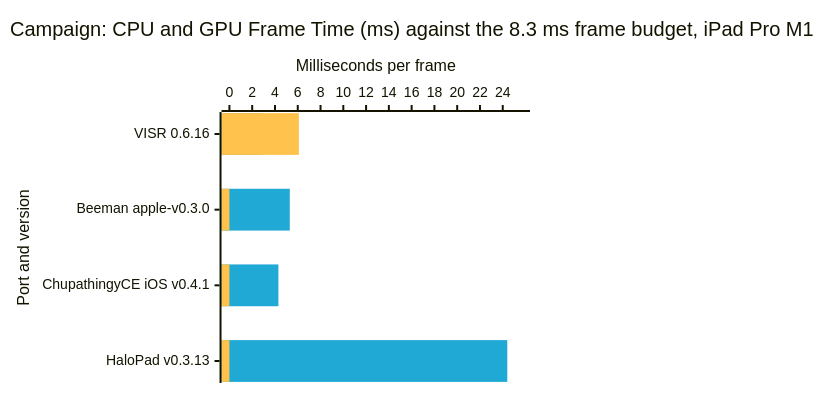
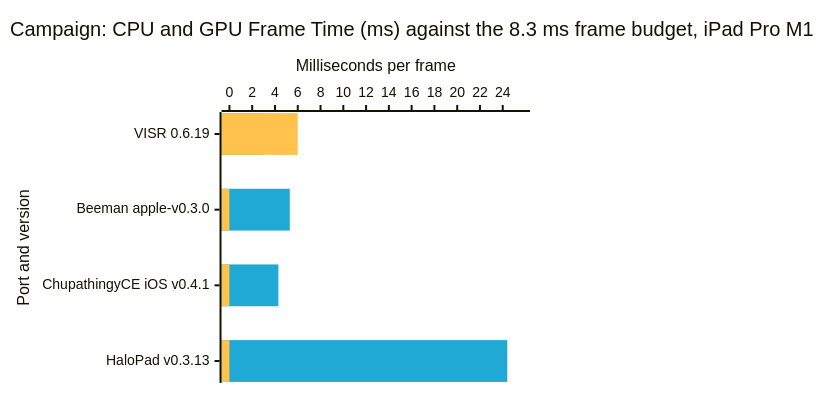
The third of 8 diagrams in docs/benchmarks.md (VISR-CE/visr), drawn with Mermaid before and after one commit. The commit also changed other lines of this file and 3 other files, not shown here.

First line of the commit message:
📊 data(benchmark): add VISR 0.6.19 windows for the iPad Pro M1 — eleven campaign and multiplayer windows from two runs of the release build

````diff
--- a/docs/benchmarks.md
+++ b/docs/benchmarks.md
@@ -78,17 +78,17 @@
 ```mermaid
 ---
 config:
   xyChart:
     width: 520
     height: 373
   themeVariables:
     xyChart:
       plotColorPalette: "#1fa9d4, #ffc24d"
 ---
 xychart-beta horizontal
     title "Campaign: CPU and GPU Frame Time (ms) against the 8.3 ms frame budget, iPad Pro M1"
-    x-axis "Port and version" ["VISR 0.6.16", "Beeman apple-v0.3.0", "ChupathingyCE iOS v0.4.1", "HaloPad v0.3.13"]
+    x-axis "Port and version" ["VISR 0.6.19", "Beeman apple-v0.3.0", "ChupathingyCE iOS v0.4.1", "HaloPad v0.3.13"]
     y-axis "Milliseconds per frame" 0 --> 25.7
-    bar [2.9, 5.3, 4.3, 24.4]
-    bar [6.1, 0, 0, 0]
+    bar [3, 5.3, 4.3, 24.4]
+    bar [6, 0, 0, 0]
 ```
````
